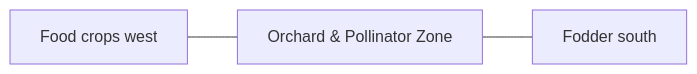
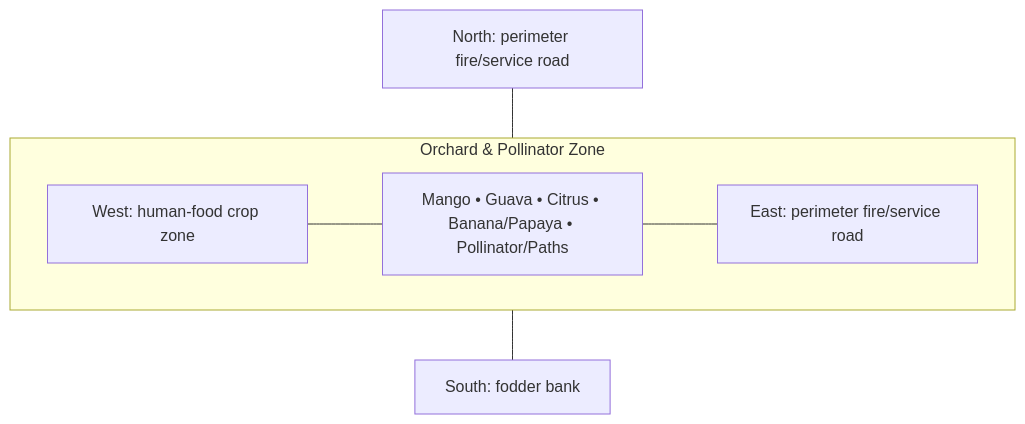
The diagram in spaces/08-orchard-pollinators/ARCHITECTURE.md (agro-firm/Self-Sufficient-Eco-Farm), drawn with Mermaid before and after one commit. The commit also changed other lines of this file and 31 other files, not shown here.

Commit message:
Add full per-space architecture and blueprint authorities

````diff
--- a/spaces/08-orchard-pollinators/ARCHITECTURE.md
+++ b/spaces/08-orchard-pollinators/ARCHITECTURE.md
@@ -36,7 +48,14 @@
 ```mermaid
-flowchart LR
-    A["Food crops west"]
-    S["Orchard & Pollinator Zone"]
-    B["Fodder south"]
-    A --- S --- B
+flowchart TB
+    N["North: perimeter fire/service road"]
+    subgraph ROW["Orchard & Pollinator Zone"]
+      direction LR
+      W["West: human-food crop zone"]
+      C["Mango • Guava • Citrus • Banana/Papaya • Pollinator/Paths"]
+      E["East: perimeter fire/service road"]
+      W --- C --- E
+    end
+    S["South: fodder bank"]
+    N --- C
+    C --- S
 ```
````
